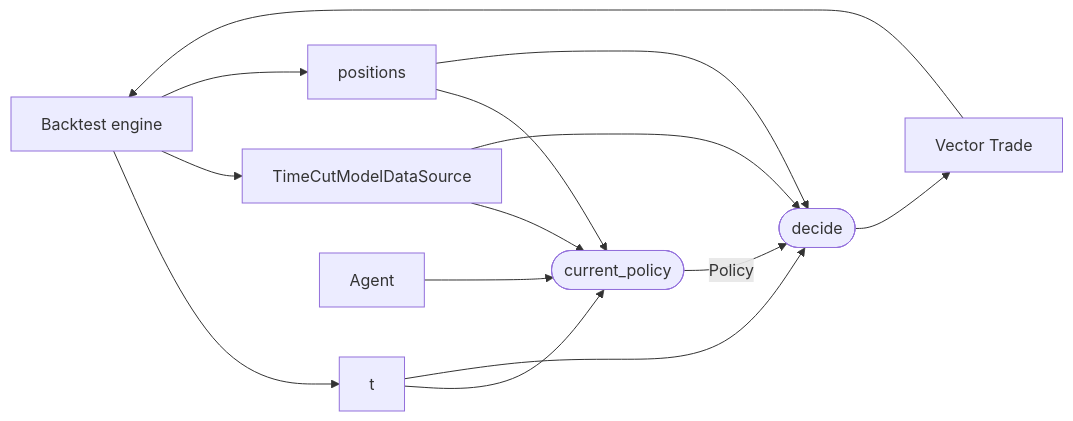
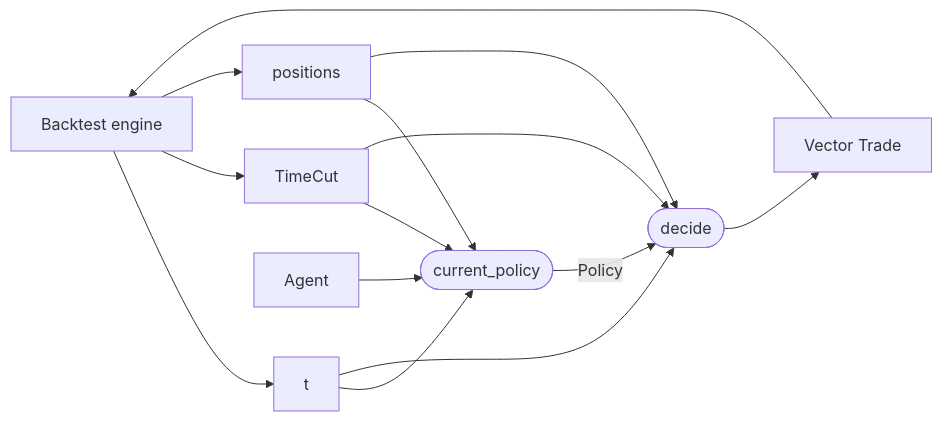
Before and after one commit to aleCombi/VolSurfaceAnalysis.jl: the diagram in docs/modules/agents.md, drawn with Mermaid. The commit also changed other lines of this file and 22 other files, not shown here.

First line of the commit message:
Consumers on MarketData + Clock: engine, policies, agents, experiment, identity, store (step 2.1)

````diff
--- a/docs/modules/agents.md
+++ b/docs/modules/agents.md
@@ -18,18 +18,18 @@
 ```mermaid
 flowchart LR
     Engine[Backtest engine] --> Clock[t]
-    Engine --> Cut[TimeCutModelDataSource]
+    Engine --> Cut[TimeCut]
     Engine --> Ledger[positions]
 
     Agent[Agent] --> CP([current_policy])
     Clock --> CP
     Cut --> CP
     Ledger --> CP
     CP -->|Policy| D([decide])
 
     Cut --> D
     Ledger --> D
     Clock --> D
     D --> Orders[Vector Trade]
     Orders --> Engine
 ```
````
